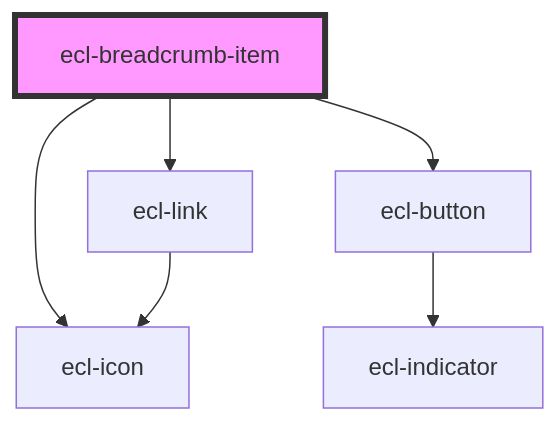
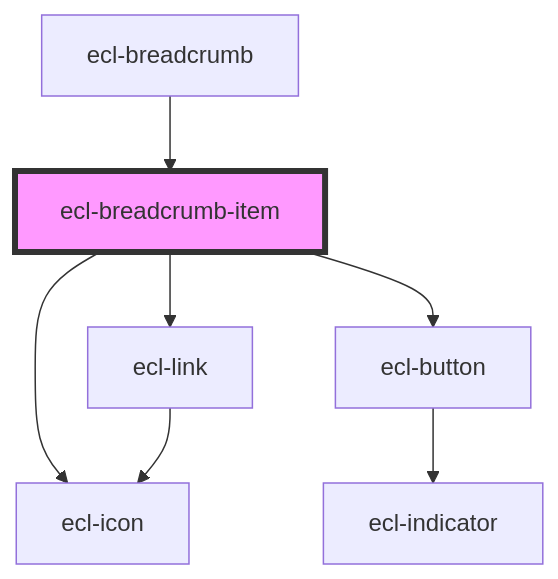
One commit to ec-europa/ecl-webcomponents changed the diagram in src/components/ecl-breadcrumb/readme.md. Above: the diagram before and after it, drawn with Mermaid. The commit also changed other lines of this file and 14 other files, not shown here.

````diff
--- a/src/components/ecl-breadcrumb/readme.md
+++ b/src/components/ecl-breadcrumb/readme.md
@@ -30,9 +33,10 @@
 ```mermaid
 graph TD;
   ecl-breadcrumb-item --> ecl-link
+  ecl-breadcrumb-item --> ecl-button
   ecl-breadcrumb-item --> ecl-icon
-  ecl-breadcrumb-item --> ecl-button
   ecl-link --> ecl-icon
   ecl-button --> ecl-indicator
+  ecl-breadcrumb --> ecl-breadcrumb-item
   style ecl-breadcrumb-item fill:#f9f,stroke:#333,stroke-width:4px
 ```
````
